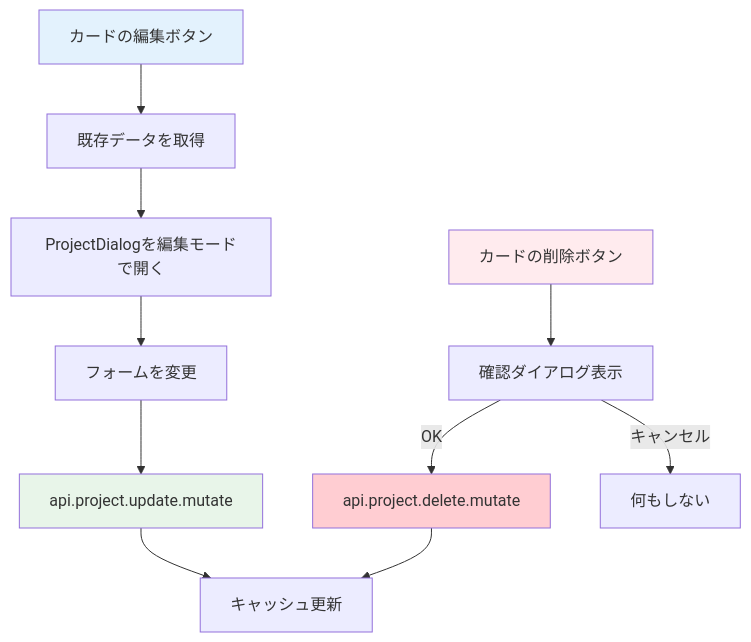
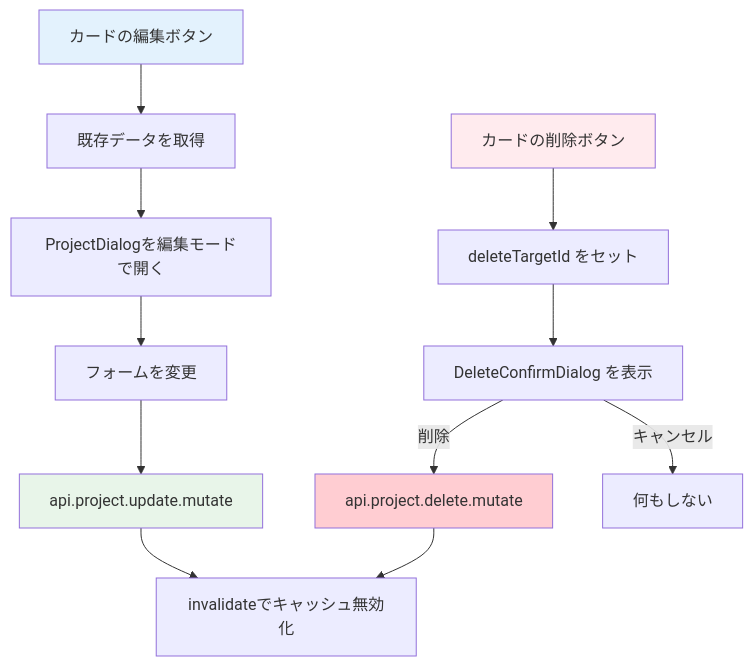
One commit to kouiso/task-app changed the diagram in material/30days-curriculum/day11_プロジェクト編集・削除.md. Above: the diagram before and after it, drawn with Mermaid. The commit also changed other lines of this file and 65 other files, not shown here.

````diff
--- a/material/30days-curriculum/day11_プロジェクト編集・削除.md
+++ b/material/30days-curriculum/day11_プロジェクト編集・削除.md
@@ -23,18 +23,19 @@
 ```mermaid
-graph TD
+flowchart TD
     A[カードの編集ボタン] --> B[既存データを取得]
     B --> C[ProjectDialogを編集モードで開く]
     C --> D[フォームを変更]
     D --> E[api.project.update.mutate]
-    E --> F[キャッシュ更新]
+    E --> F[invalidateでキャッシュ無効化]
 
-    G[カードの削除ボタン] --> H[確認ダイアログ表示]
-    H -->|OK| I[api.project.delete.mutate]
-    H -->|キャンセル| J[何もしない]
-    I --> F
+    G[カードの削除ボタン] --> H[deleteTargetId をセット]
+    H --> I[DeleteConfirmDialog を表示]
+    I -->|削除| J[api.project.delete.mutate]
+    I -->|キャンセル| K[何もしない]
+    J --> F
 
     style A fill:#e3f2fd
     style E fill:#e8f5e9
     style G fill:#ffebee
-    style I fill:#ffcdd2
+    style J fill:#ffcdd2
 ```
````
